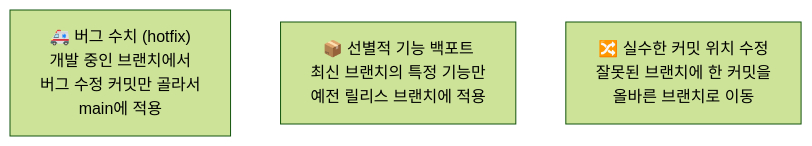
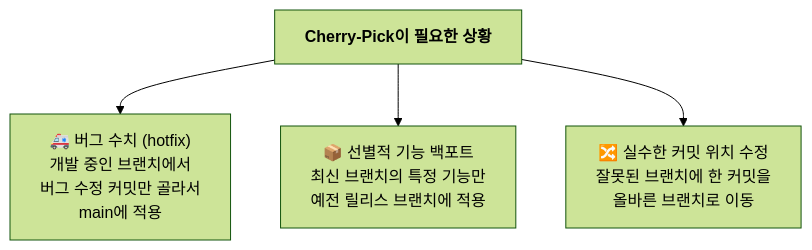
The second of 3 diagrams in 04_Branching_Merging/05_Cherry_Pick.md (jingu279/Document), drawn with Mermaid (forest theme) before and after one commit. The commit also changed other lines of this file and 16 other files, not shown here.

Commit message:
Fix all Mermaid rendering issues (subgraph-to-subgraph, unconnected nodes, reserved names, dashes)

````diff
--- a/04_Branching_Merging/05_Cherry_Pick.md
+++ b/04_Branching_Merging/05_Cherry_Pick.md
@@ -21,6 +21,7 @@
 ```mermaid
 flowchart TB
-  HF["🚑 버그 수치 (hotfix)<br/>개발 중인 브랜치에서<br/>버그 수정 커밋만 골라서<br/>main에 적용"]
-  BP["📦 선별적 기능 백포트<br/>최신 브랜치의 특정 기능만<br/>예전 릴리스 브랜치에 적용"]
-  MV["🔀 실수한 커밋 위치 수정<br/>잘못된 브랜치에 한 커밋을<br/>올바른 브랜치로 이동"]
+  Title["<b>Cherry-Pick이 필요한 상황</b>"]
+  Title --> HF["🚑 버그 수치 (hotfix)<br/>개발 중인 브랜치에서<br/>버그 수정 커밋만 골라서<br/>main에 적용"]
+  Title --> BP["📦 선별적 기능 백포트<br/>최신 브랜치의 특정 기능만<br/>예전 릴리스 브랜치에 적용"]
+  Title --> MV["🔀 실수한 커밋 위치 수정<br/>잘못된 브랜치에 한 커밋을<br/>올바른 브랜치로 이동"]
 ```
````
